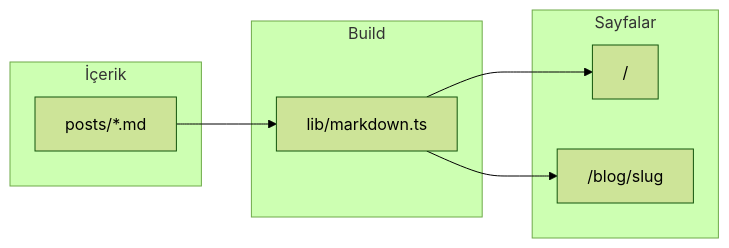
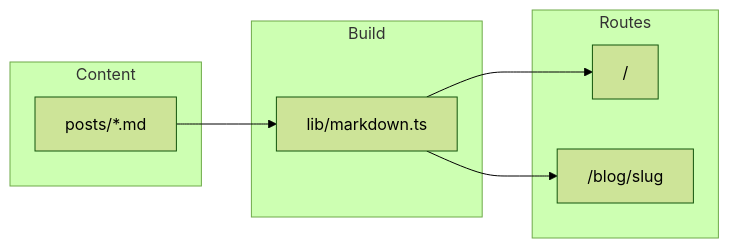
One commit to OnlyFibonacci/Next-Markdown-Blog-Engine changed the diagram in README.md. Above: the diagram before and after it, drawn with Mermaid (forest theme). The commit also changed other lines of this file and 2 other files, not shown here.

````diff
--- a/README.md
+++ b/README.md
@@ -27,16 +27,16 @@
 ```mermaid
 flowchart LR
-  subgraph content [İçerik]
+  subgraph content [Content]
     MD[posts/*.md]
   end
   subgraph build [Build]
     LIB[lib/markdown.ts]
     MD --> LIB
   end
-  subgraph pages [Sayfalar]
+  subgraph pages [Routes]
     HOME["/"]
     POST["/blog/slug"]
   end
   LIB --> HOME
   LIB --> POST
 ```
````
